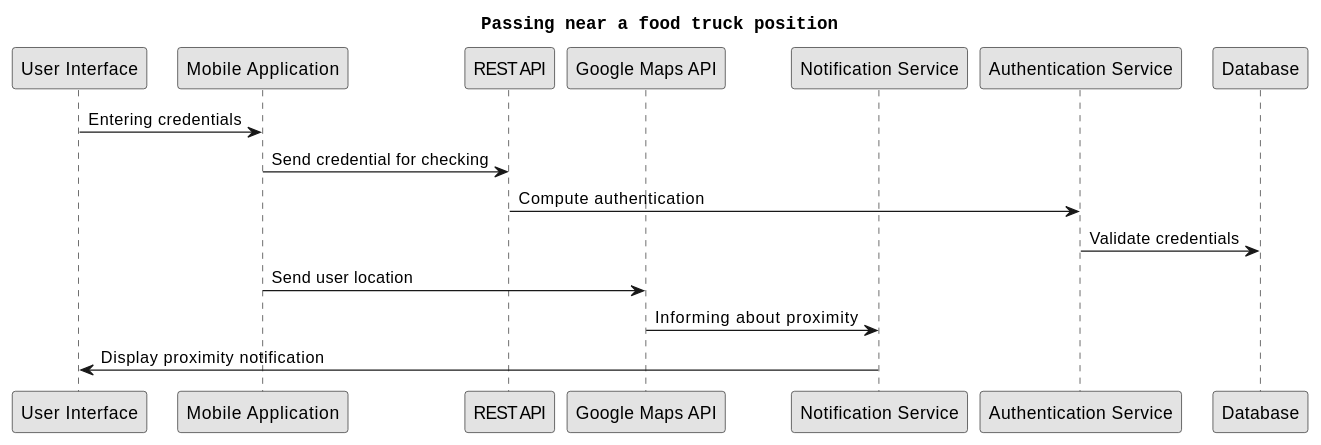
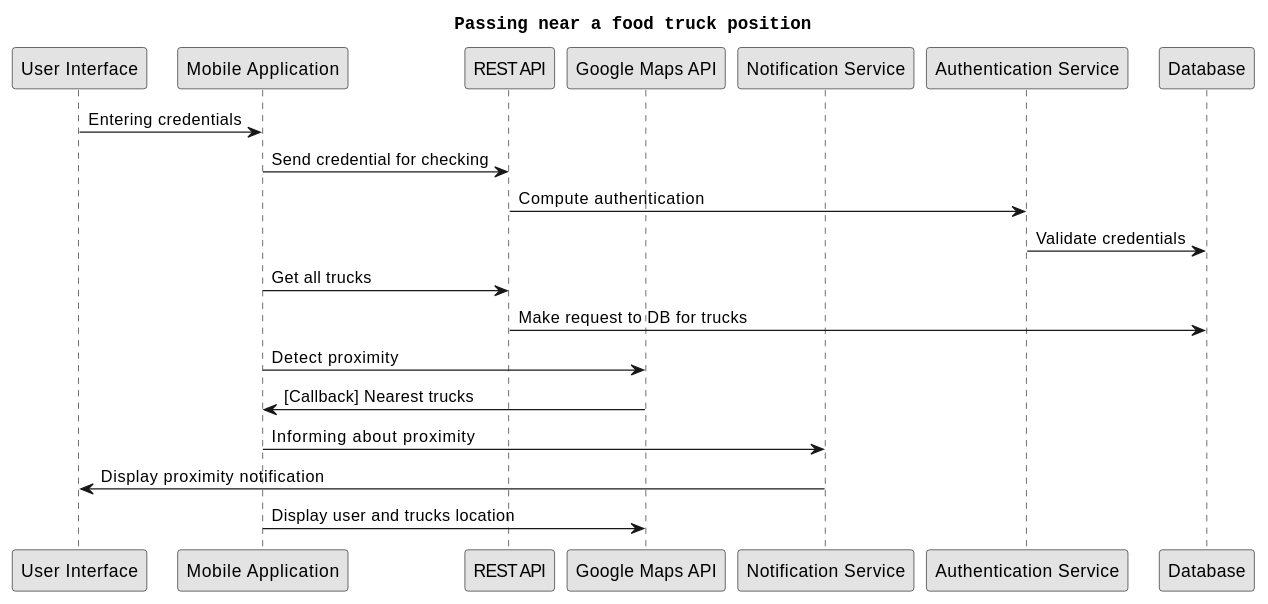
Before and after one commit to USI-MSDE-SA-2022/software-architecture-model-OttavioBuonomoUSI: diagram 16 of 18 in src/sa/model/index.md, drawn with PlantUML. The commit also changed 3 other files, not shown here.

````diff
--- a/src/sa/model/index.md
+++ b/src/sa/model/index.md
@@ -816,25 +816,29 @@
 ```puml
 @startuml
 title Passing near a food truck position
 
 participant "User Interface" as UI
 participant "Mobile Application" as MA
 participant "REST API" as RAPI
 participant "Google Maps API" as GMA
 participant "Notification Service" as NS
 participant "Authentication Service" as AS
 participant "Database" as DB
 
 UI -> MA: Entering credentials
 MA -> RAPI: Send credential for checking
 RAPI -> AS: Compute authentication
 AS -> DB: Validate credentials
-MA -> GMA: Send user location
-GMA -> NS: Informing about proximity
+MA -> RAPI: Get all trucks
+RAPI -> DB: Make request to DB for trucks
+MA -> GMA: Detect proximity
+GMA -> MA: [Callback] Nearest trucks
+MA -> NS: Informing about proximity
 NS -> UI: Display proximity notification
+MA -> GMA: Display user and trucks location
 
 skinparam monochrome true
 skinparam shadowing false
 skinparam defaultFontName Courier
 @enduml
 ```
````
